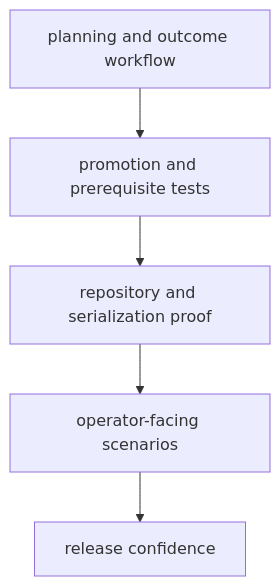
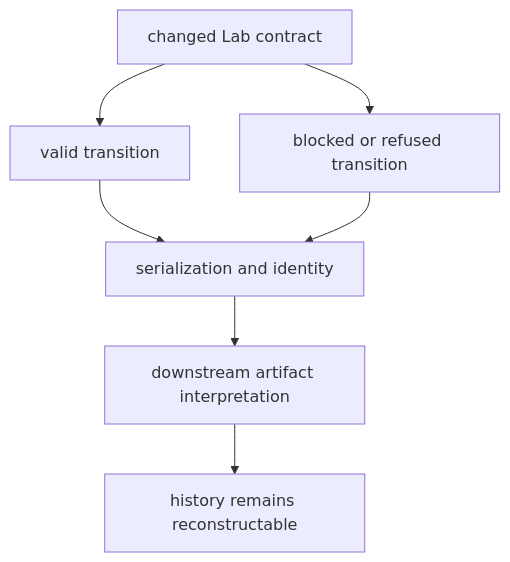
One commit to bijux/bijux-proteomics changed the diagram in docs/07-bijux-proteomics-lab/quality/test-strategy.md. Above: the diagram before and after it, drawn with Mermaid. The commit also changed other lines of this file and 2 other files, not shown here.

Commit message:
docs(lab): prove lifecycle state transitions

````diff
--- a/docs/07-bijux-proteomics-lab/quality/test-strategy.md
+++ b/docs/07-bijux-proteomics-lab/quality/test-strategy.md
@@ -18,13 +31,9 @@
 ```mermaid
-flowchart TB
-    workflow["planning and outcome workflow"]
-    promotion["promotion and prerequisite tests"]
-    records["repository and serialization proof"]
-    operators["operator-facing scenarios"]
-    release["release confidence"]
-
-    workflow --> promotion
-    promotion --> records
-    records --> operators
-    operators --> release
+flowchart TD
+    C["changed Lab contract"] --> P["valid transition"]
+    C --> B["blocked or refused transition"]
+    P --> S["serialization and identity"]
+    B --> S
+    S --> D["downstream artifact interpretation"]
+    D --> H["history remains reconstructable"]
 ```
````
